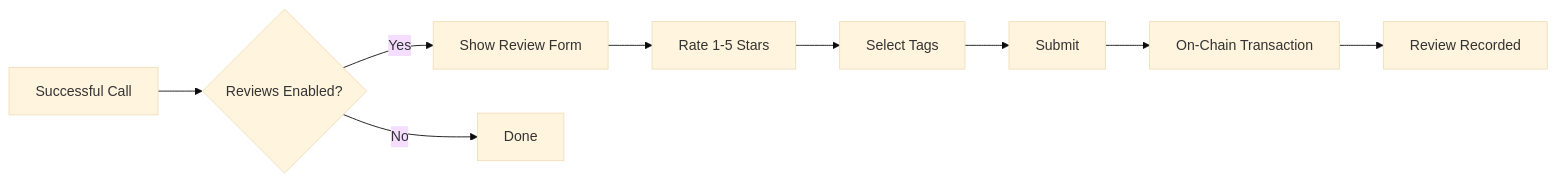
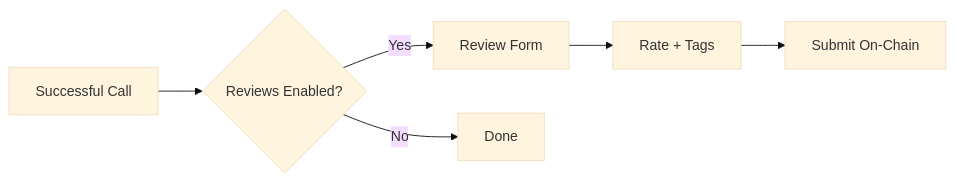
The fifth of 5 diagrams in marketplace/playground.mdx (Agentokratia/docs), drawn with Mermaid (base theme) before and after one commit. The commit also changed other lines of this file and 6 other files, not shown here.

````diff
--- a/marketplace/playground.mdx
+++ b/marketplace/playground.mdx
@@ -306,11 +242,8 @@
 ```mermaid
 flowchart LR
     A[Successful Call] --> B{Reviews Enabled?}
-    B -->|Yes| C[Show Review Form]
+    B -->|Yes| C[Review Form]
     B -->|No| D[Done]
-    C --> E[Rate 1-5 Stars]
-    E --> F[Select Tags]
-    F --> G[Submit]
-    G --> H[On-Chain Transaction]
-    H --> I[Review Recorded]
+    C --> E[Rate + Tags]
+    E --> F[Submit On-Chain]
 ```
````
